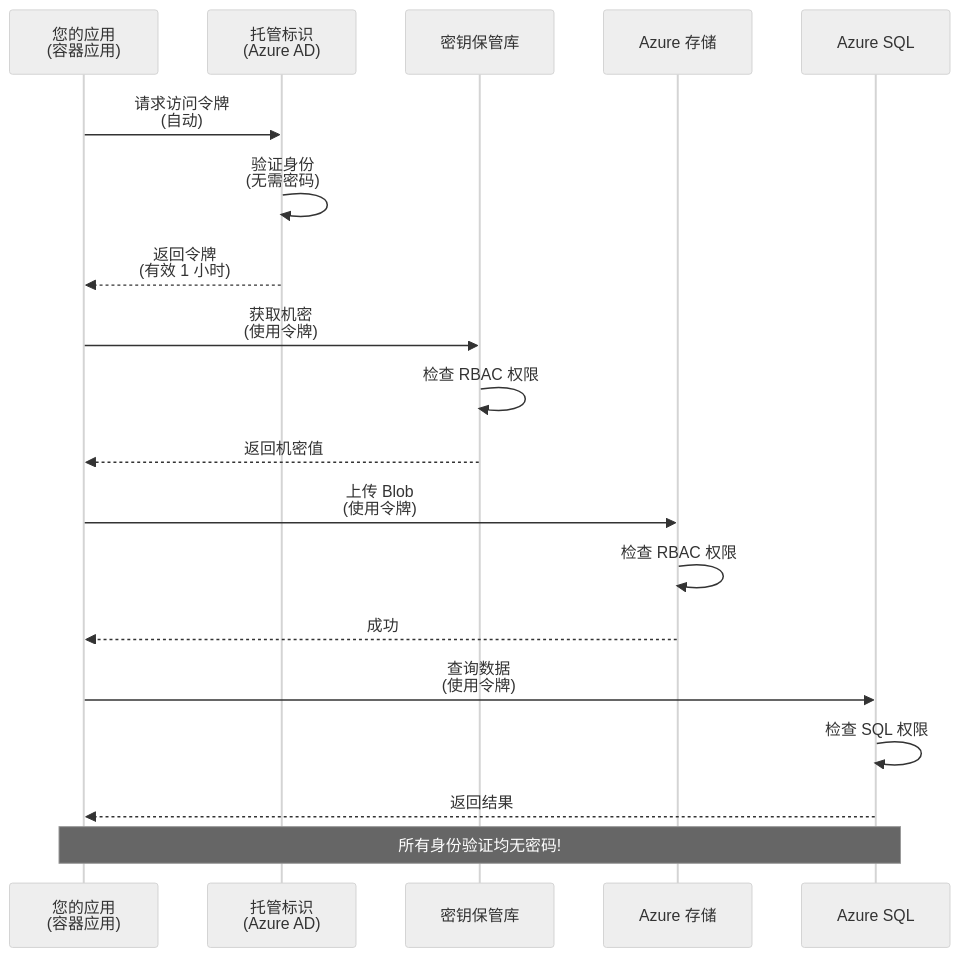
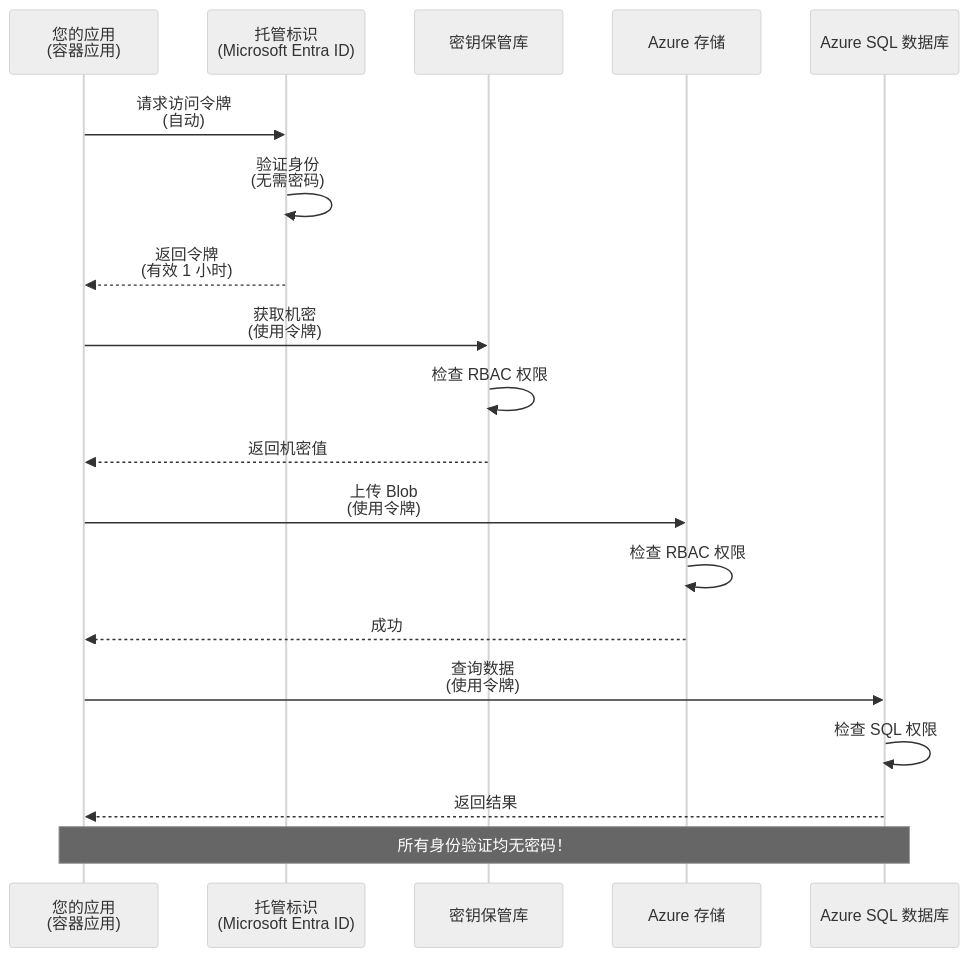
The first of 2 diagrams in translations/zh-CN/docs/chapter-03-configuration/authsecurity.md (microsoft/AZD-for-beginners), drawn with Mermaid (neutral theme) before and after one commit. The commit also changed other lines of this file and 104 other files, not shown here.

````diff
--- a/translations/zh-CN/docs/chapter-03-configuration/authsecurity.md
+++ b/translations/zh-CN/docs/chapter-03-configuration/authsecurity.md
@@ -69,26 +69,26 @@
 ```mermaid
 sequenceDiagram
     participant App as 您的应用<br/>(容器应用)
-    participant MI as 托管标识<br/>(Azure AD)
+    participant MI as 托管标识<br/>(Microsoft Entra ID)
     participant KV as 密钥保管库
     participant Storage as Azure 存储
-    participant DB as Azure SQL
+    participant DB as Azure SQL 数据库
     
     App->>MI: 请求访问令牌<br/>(自动)
     MI->>MI: 验证身份<br/>(无需密码)
     MI-->>App: 返回令牌<br/>(有效 1 小时)
     
     App->>KV: 获取机密<br/>(使用令牌)
     KV->>KV: 检查 RBAC 权限
     KV-->>App: 返回机密值
     
     App->>Storage: 上传 Blob<br/>(使用令牌)
     Storage->>Storage: 检查 RBAC 权限
     Storage-->>App: 成功
     
     App->>DB: 查询数据<br/>(使用令牌)
     DB->>DB: 检查 SQL 权限
     DB-->>App: 返回结果
     
-    Note over App,DB: 所有身份验证均无密码!
+    Note over App,DB: 所有身份验证均无密码！
 ```
````
